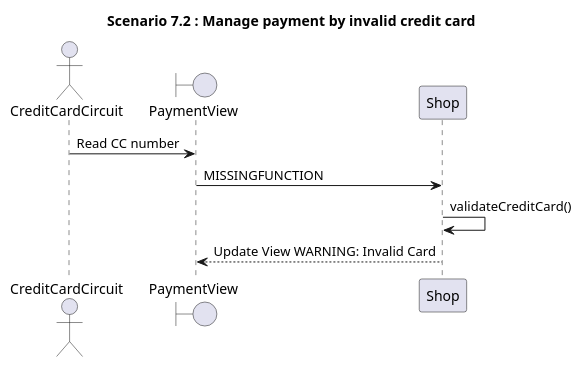
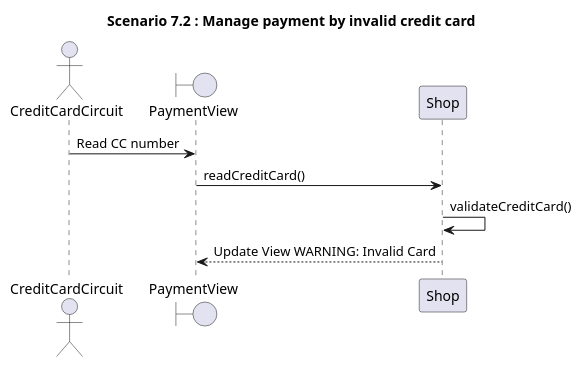
Before and after one commit to zitabou/EZShop: diagram 24 of 31 in Deliverables/DesignDocument.md, drawn with PlantUML. The commit also changed other lines of this file, not shown here.

Commit message:
Adding missing functions for seq diagrams 6.x 7.x

````diff
--- a/Deliverables/DesignDocument.md
+++ b/Deliverables/DesignDocument.md
@@ -900,22 +907,22 @@
 ```plantuml
 title
 **Scenario 7.2** : Manage payment by invalid credit card
 end title
 
 'Actors
 actor CreditCardCircuit
 'Boundaries
 boundary PaymentView
 
 ''''
 'Sequence
 '''''
 'Read credit card number
 CreditCardCircuit -> PaymentView: Read CC number
 'MISSINGFUNCTION readCreditCard()
-PaymentView -> Shop : MISSINGFUNCTION
+PaymentView -> Shop : readCreditCard()
 'MISSINGFUNCTION validateCreditCard()
 Shop -> Shop: validateCreditCard()
 Shop --> PaymentView: Update View WARNING: Invalid Card
 
 ```
````
